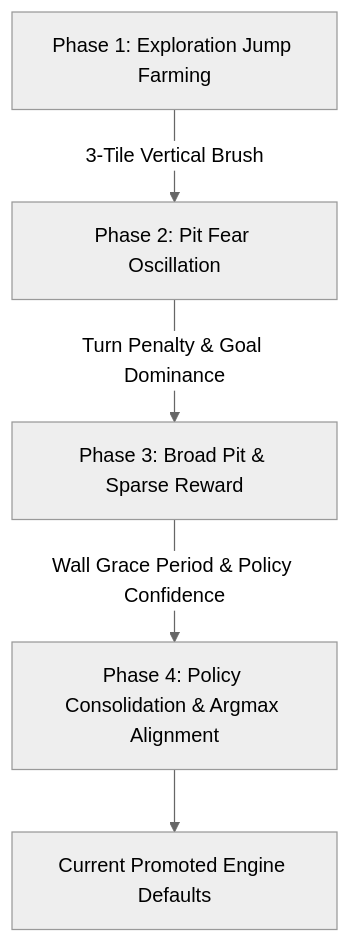
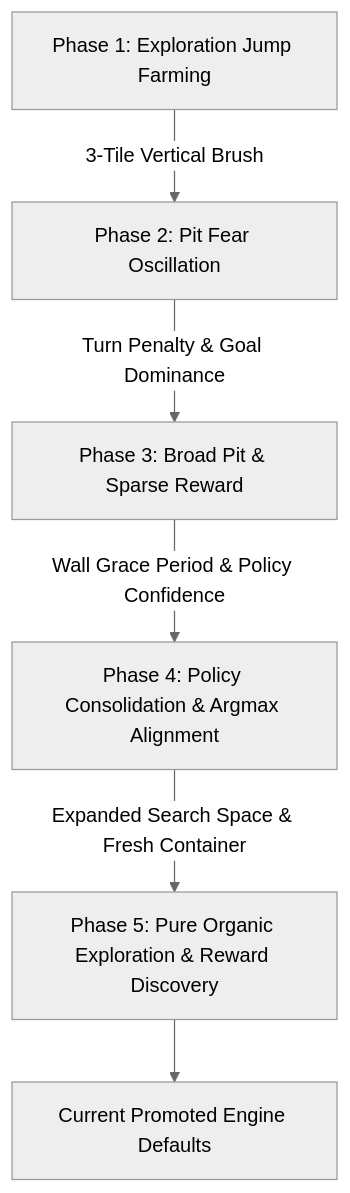
The diagram in docs/src/engineering/fine_tuning_history.md (dante-ferr/ai-delver), drawn with Mermaid (neutral theme) before and after one commit. The commit also changed other lines of this file and 2 other files, not shown here.

Commit message:
docs(engineering): document Phase 5 pure organic fine-tuning pass and promote organic defaults

````diff
--- a/docs/src/engineering/fine_tuning_history.md
+++ b/docs/src/engineering/fine_tuning_history.md
@@ -9,7 +9,8 @@
 ```mermaid
 flowchart TD
     P1[Phase 1: Exploration Jump Farming] -->|3-Tile Vertical Brush| P2[Phase 2: Pit Fear Oscillation]
     P2 -->|Turn Penalty & Goal Dominance| P3[Phase 3: Broad Pit & Sparse Reward]
     P3 -->|Wall Grace Period & Policy Confidence| P4[Phase 4: Policy Consolidation & Argmax Alignment]
-    P4 --> Promoted[Current Promoted Engine Defaults]
+    P4 -->|Expanded Search Space & Fresh Container| P5[Phase 5: Pure Organic Exploration & Reward Discovery]
+    P5 --> Promoted[Current Promoted Engine Defaults]
 ```
````
